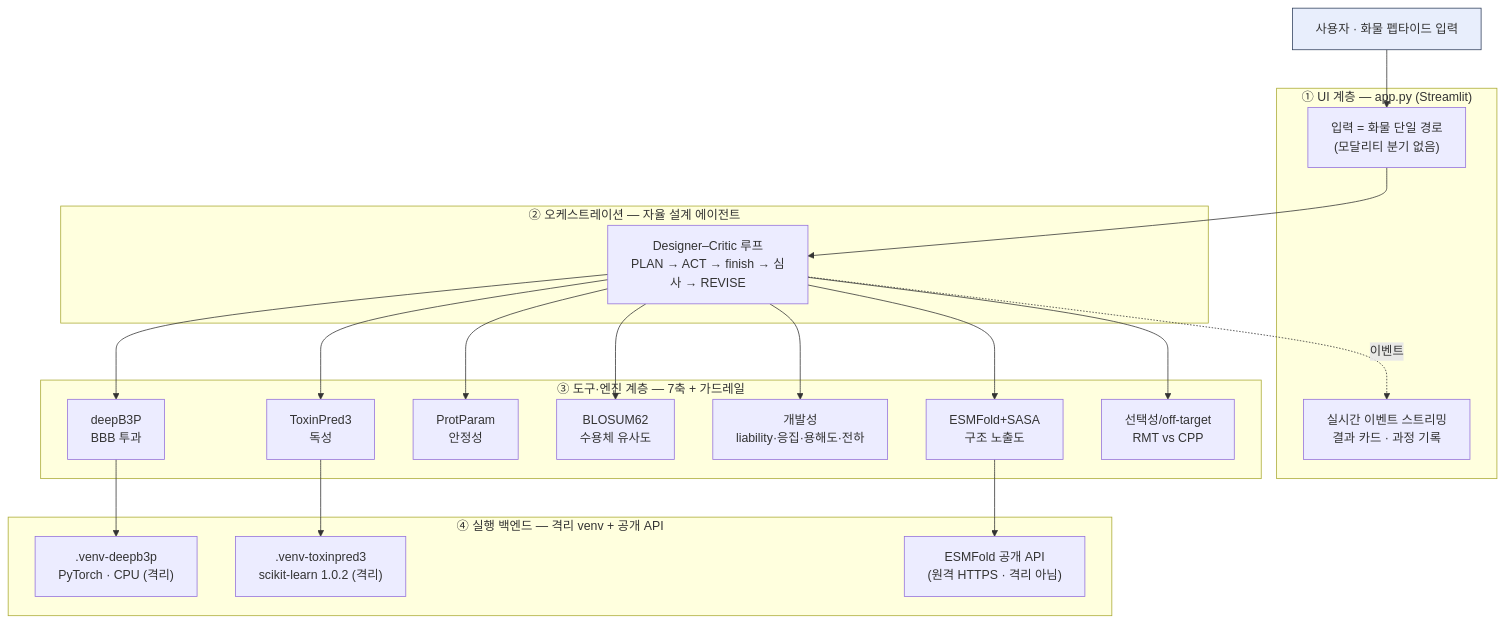
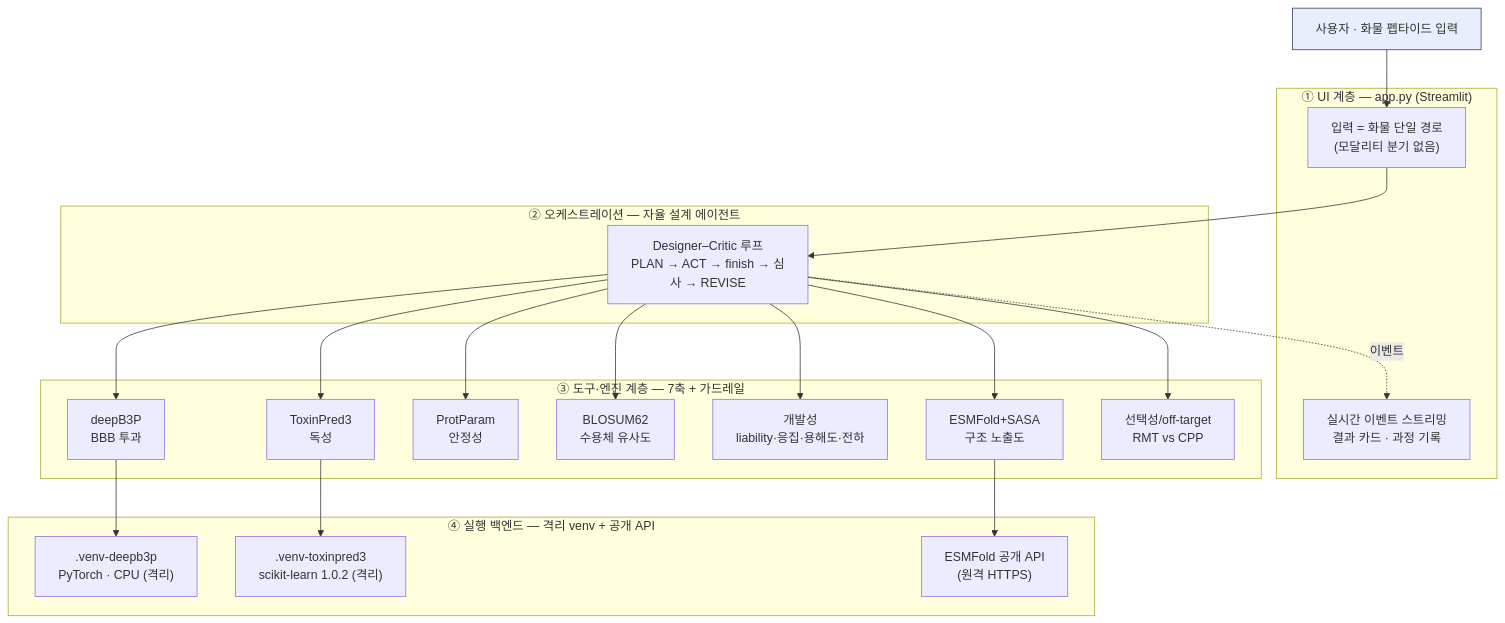
Before and after one commit to yunseul6028/BBB-Optimizer: the second of 9 diagrams in 아키텍처.md, drawn with Mermaid. The commit also changed other lines of this file, not shown here.

````diff
--- a/아키텍처.md
+++ b/아키텍처.md
@@ -72,39 +71,39 @@
 ```mermaid
 flowchart TB
   U["사용자 · 화물 펩타이드 입력"]:::user
 
   subgraph L1["① UI 계층 — app.py (Streamlit)"]
     UI["입력 = 화물 단일 경로<br/>(모달리티 분기 없음)"]
     STREAM["실시간 이벤트 스트리밍<br/>결과 카드 · 과정 기록"]
   end
 
   subgraph L2["② 오케스트레이션 — 자율 설계 에이전트"]
     AG["Designer–Critic 루프<br/>PLAN → ACT → finish → 심사 → REVISE"]
   end
 
   subgraph L3["③ 도구·엔진 계층 — 7축 + 가드레일"]
     E1["deepB3P<br/>BBB 투과"]
     E2["ToxinPred3<br/>독성"]
     E3["ProtParam<br/>안정성"]
     E4["BLOSUM62<br/>수용체 유사도"]
     E5["개발성<br/>liability·응집·용해도·전하"]
     E6["ESMFold+SASA<br/>구조 노출도"]
     E7["선택성/off-target<br/>RMT vs CPP"]
   end
 
   subgraph L4["④ 실행 백엔드 — 격리 venv + 공개 API"]
     V1[".venv-deepb3p<br/>PyTorch · CPU (격리)"]
     V2[".venv-toxinpred3<br/>scikit-learn 1.0.2 (격리)"]
-    ESM["ESMFold 공개 API<br/>(원격 HTTPS · 격리 아님)"]
+    ESM["ESMFold 공개 API<br/>(원격 HTTPS)"]
   end
 
   U --> UI
   UI --> AG
   AG -.->|이벤트| STREAM
   AG --> E1 & E2 & E3 & E4 & E5 & E6 & E7
   E1 --> V1
   E2 --> V2
   E6 --> ESM
 
   classDef user fill:#e8eefc,stroke:#30405c;
 ```
````
